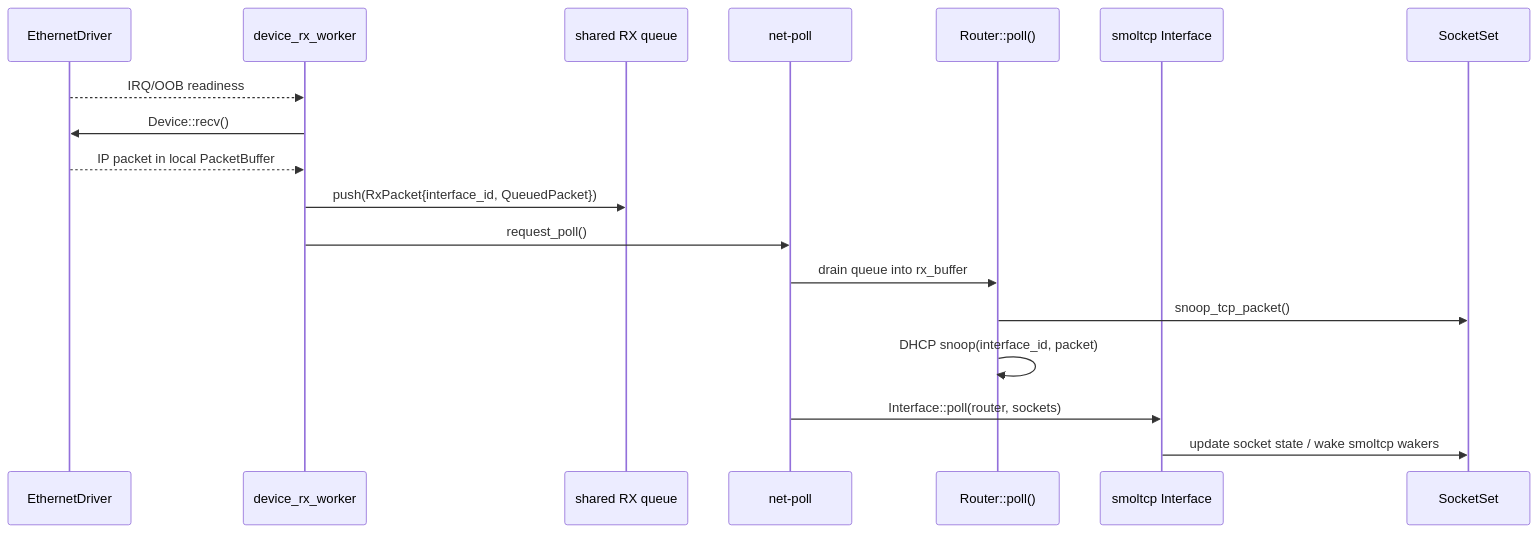
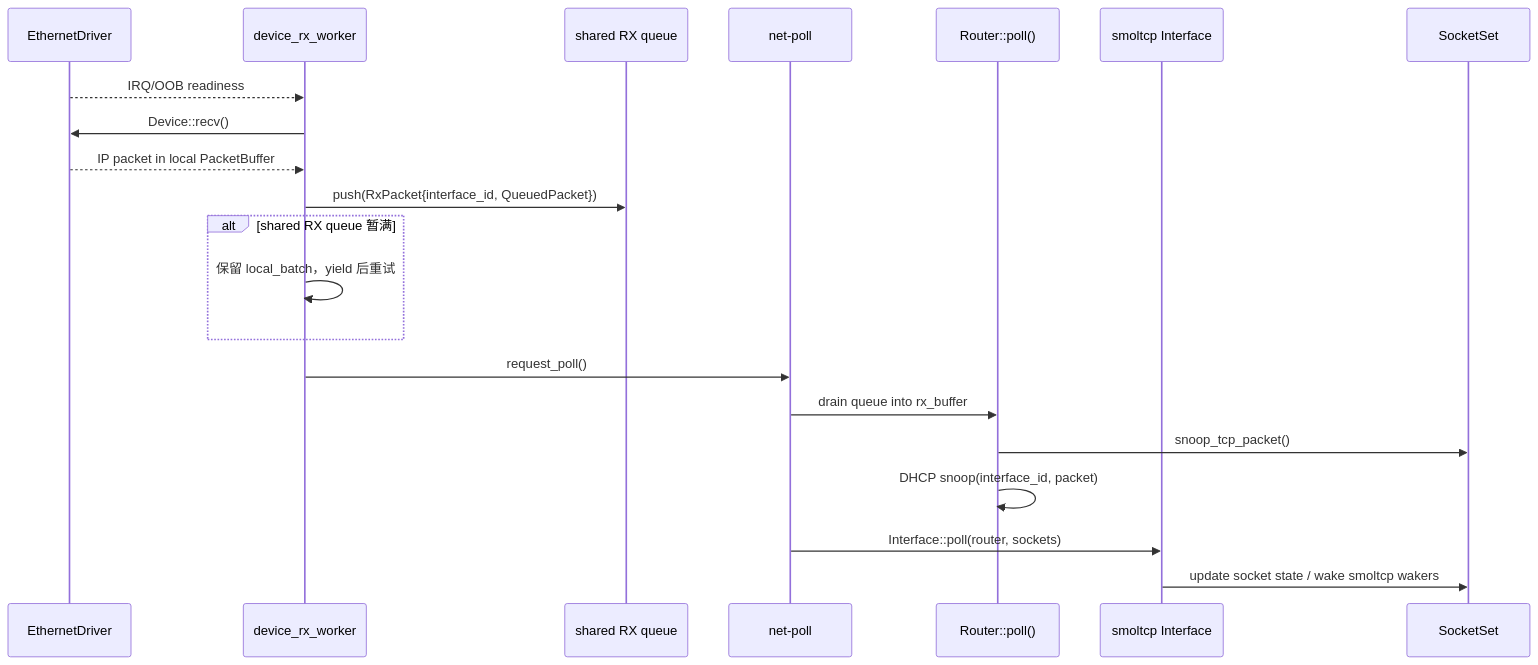
Before and after one commit to qcl-kernel/tgoskits-liangce: the third of 5 diagrams in 阶段性验收/02-源码快照/tgoskits/docs/docs/architecture/net/flows.md, drawn with Mermaid. The commit also changed other lines of this file and 1376 other files, not shown here.

````diff
--- a/阶段性验收/02-源码快照/tgoskits/docs/docs/architecture/net/flows.md
+++ b/阶段性验收/02-源码快照/tgoskits/docs/docs/architecture/net/flows.md
@@ -253,21 +260,24 @@
 ```mermaid
 sequenceDiagram
     participant Driver as EthernetDriver
     participant RxW as device_rx_worker
     participant Queue as shared RX queue
     participant Poll as net-poll
     participant Router as Router::poll()
     participant Smol as smoltcp Interface
     participant Sock as SocketSet
 
     Driver-->>RxW: IRQ/OOB readiness
     RxW->>Driver: Device::recv()
     Driver-->>RxW: IP packet in local PacketBuffer
     RxW->>Queue: push(RxPacket{interface_id, QueuedPacket})
+    alt shared RX queue 暂满
+        RxW->>RxW: 保留 local_batch，yield 后重试
+    end
     RxW->>Poll: request_poll()
     Poll->>Router: drain queue into rx_buffer
     Router->>Sock: snoop_tcp_packet()
     Router->>Router: DHCP snoop(interface_id, packet)
     Poll->>Smol: Interface::poll(router, sockets)
     Smol->>Sock: update socket state / wake smoltcp wakers
 ```
````
